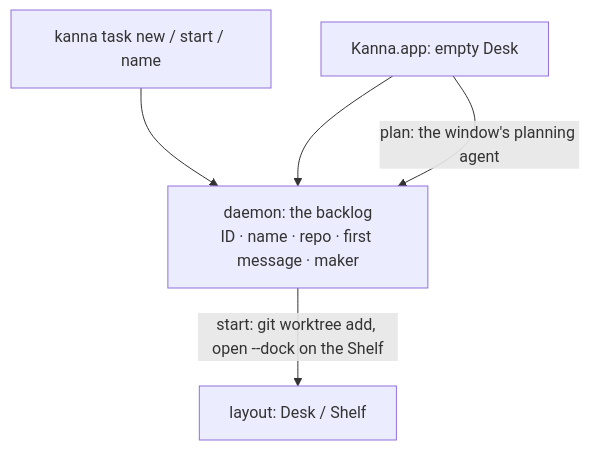
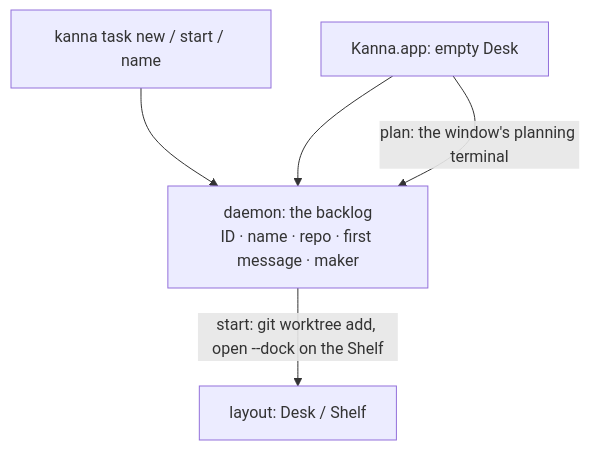
The second of 2 diagrams in docs/specs/tasks.md (jemdiggity/kanna-v4), drawn with Mermaid before and after one commit. The commit also changed other lines of this file and 20 other files, not shown here.

First line of the commit message:
The planning agent's pane is a terminal: it prints how to start and is your shell, in the folder Kanna was started in, and you start your agent there

````diff
--- a/docs/specs/tasks.md
+++ b/docs/specs/tasks.md
@@ -89,7 +89,7 @@
 ```mermaid
 flowchart TB
     CLI["kanna task new / start / name"] --> D
     APP["Kanna.app: empty Desk"] --> D
-    APP -->|"plan: the window's planning agent"| D
+    APP -->|"plan: the window's planning terminal"| D
     D["daemon: the backlog<br/>ID · name · repo · first message · maker"] -->|"start: git worktree add, open --dock on the Shelf"| L["layout: Desk / Shelf"]
 ```
````
